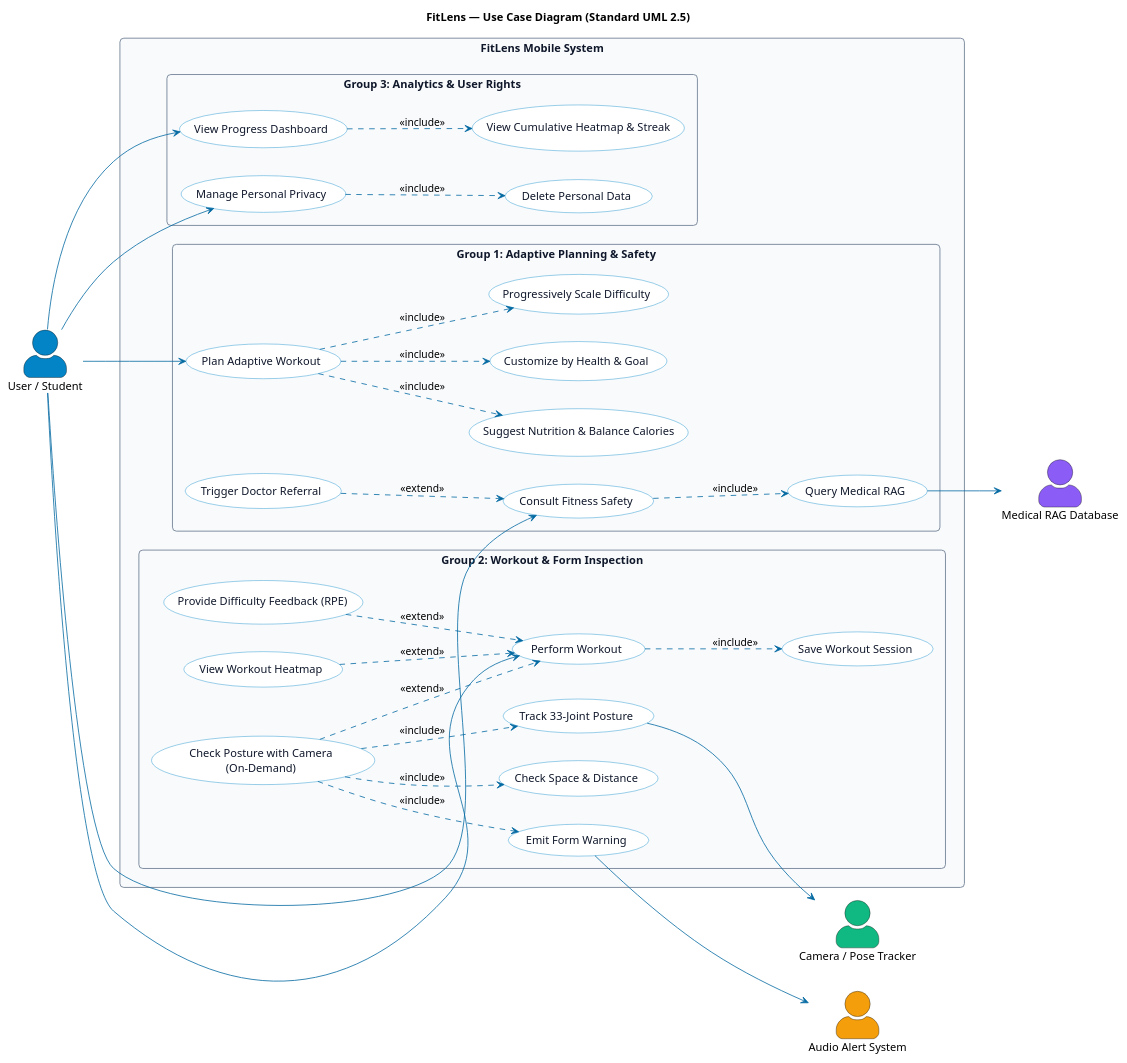
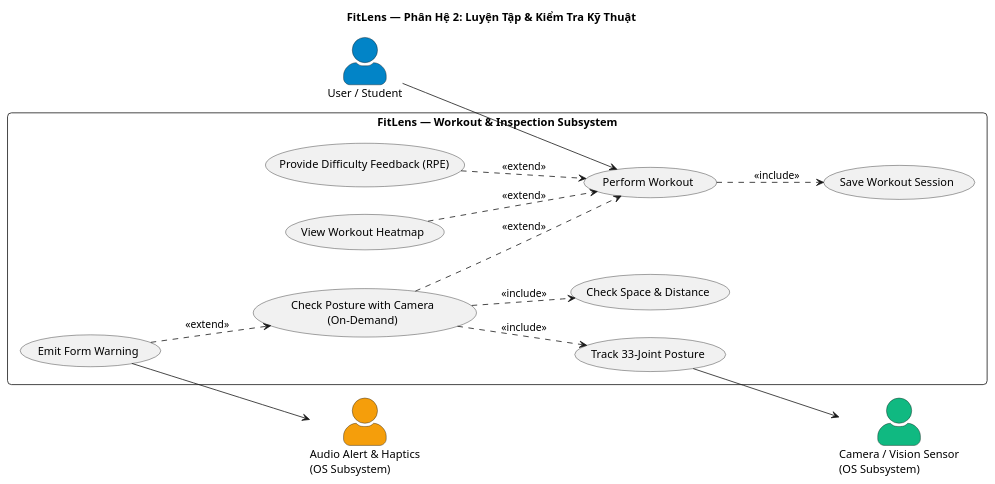
One commit to NewFace819/FitLens changed the fifth of 6 diagrams in docs/USE_CASE_DIAGRAM.md. Above: the diagram before and after it, drawn with PlantUML. The commit also changed other lines of this file and 5 other files, not shown here.

Commit message:
docs: standardize architecture and split use case diagram into 3 subsystem maps

````diff
--- a/docs/USE_CASE_DIAGRAM.md
+++ b/docs/USE_CASE_DIAGRAM.md
@@ -106,89 +152,29 @@
 ```plantuml
-@startuml FitLens_UseCase_Diagram
-title FitLens — Use Case Diagram (Standard UML 2.5)
+@startuml FitLens_Group2_Workout_Inspection
+title FitLens — Phân Hệ 2: Luyện Tập & Kiểm Tra Kỹ Thuật
 left to right direction
 skinparam packageStyle rectangle
 skinparam actorStyle awesome
 skinparam roundcorner 10
 skinparam defaultFontName "Segoe UI", Arial, sans-serif
 
-skinparam rectangle {
-    BackgroundColor #F8FAFC
-    BorderColor #64748B
-    FontColor #0F172A
+actor "User / Student" as User #0284C7
+actor "Camera / Vision Sensor\n(OS Subsystem)" as PoseTracker #10B981
+actor "Audio Alert & Haptics\n(OS Subsystem)" as AudioSys #F59E0B
+
+rectangle "FitLens — Workout & Inspection Subsystem" {
+  usecase "Perform Workout" as UC_Workout
+  usecase "Save Workout Session" as UC_Save
+  usecase "Check Posture with Camera\n(On-Demand)" as UC_CheckForm
+  usecase "Check Space & Distance" as UC_Space
+  usecase "Track 33-Joint Posture" as UC_Track
+  usecase "Emit Form Warning" as UC_Alert
+  usecase "Provide Difficulty Feedback (RPE)" as UC_RPE
+  usecase "View Workout Heatmap" as UC_PostHeatmap
 }
 
-skinparam usecase {
-    BackgroundColor #FFFFFF
-    BorderColor #0284C7
-    ArrowColor #0369A1
-    FontColor #0F172A
-}
+User --> UC_Workout
 
-' ==========================================
-' ACTORS
-' ==========================================
-actor "User / Student" as User #0284C7
-actor "Camera / Pose Tracker" as PoseTracker #10B981
-actor "Audio Alert System" as AudioSys #F59E0B
-actor "Medical RAG Database" as MedicalDB #8B5CF6
-
-' ==========================================
-' SYSTEM BOUNDARY
-' ==========================================
-rectangle "FitLens Mobile System" {
-
-  package "Group 1: Adaptive Planning & Safety" {
-    usecase "Plan Adaptive Workout" as UC_Plan
-    usecase "Customize by Health & Goal" as UC_Custom
-    usecase "Progressively Scale Difficulty" as UC_Prog
-    usecase "Suggest Nutrition & Balance Calories" as UC_Diet
-    usecase "Consult Fitness Safety" as UC_Consult
-    usecase "Query Medical RAG" as UC_RAG
-    usecase "Trigger Doctor Referral" as UC_Doc
-  }
-
-  package "Group 2: Workout & Form Inspection" {
-    usecase "Perform Workout" as UC_Workout
-    usecase "Save Workout Session" as UC_Save
-    usecase "Check Posture with Camera\n(On-Demand)" as UC_CheckForm
-    usecase "Check Space & Distance" as UC_Space
-    usecase "Track 33-Joint Posture" as UC_Track
-    usecase "Emit Form Warning" as UC_Alert
-    usecase "Provide Difficulty Feedback (RPE)" as UC_RPE
-    usecase "View Workout Heatmap" as UC_PostHeatmap
-  }
-
-  package "Group 3: Analytics & User Rights" {
-    usecase "View Progress Dashboard" as UC_Dash
-    usecase "View Cumulative Heatmap & Streak" as UC_CumHeatmap
-    usecase "Manage Personal Privacy" as UC_Privacy
-    usecase "Delete Personal Data" as UC_Delete
-  }
-}
-
-' ==========================================
-' PRIMARY USER ASSOCIATIONS
-' ==========================================
-User --> UC_Plan
-User --> UC_Consult
-User --> UC_Workout
-User --> UC_Dash
-User --> UC_Privacy
-
-' ==========================================
-' GROUP 1 RELATIONSHIPS
-' ==========================================
-UC_Plan ..> UC_Custom : <<include>>
-UC_Plan ..> UC_Prog : <<include>>
-UC_Plan ..> UC_Diet : <<include>>
-UC_Consult ..> UC_RAG : <<include>>
-UC_Doc ..> UC_Consult : <<extend>>
-UC_RAG --> MedicalDB
-
-' ==========================================
-' GROUP 2 RELATIONSHIPS
-' ==========================================
 UC_Workout ..> UC_Save : <<include>>
 UC_CheckForm ..> UC_Workout : <<extend>>
 UC_RPE ..> UC_Workout : <<extend>>
@@ -196,16 +182,9 @@
 
 UC_CheckForm ..> UC_Space : <<include>>
 UC_CheckForm ..> UC_Track : <<include>>
-UC_CheckForm ..> UC_Alert : <<include>>
+UC_Alert ..> UC_CheckForm : <<extend>>
 
 UC_Track --> PoseTracker
 UC_Alert --> AudioSys
-
-' ==========================================
-' GROUP 3 RELATIONSHIPS
-' ==========================================
-UC_Dash ..> UC_CumHeatmap : <<include>>
-UC_Privacy ..> UC_Delete : <<include>>
-
 @enduml
 ```
````
